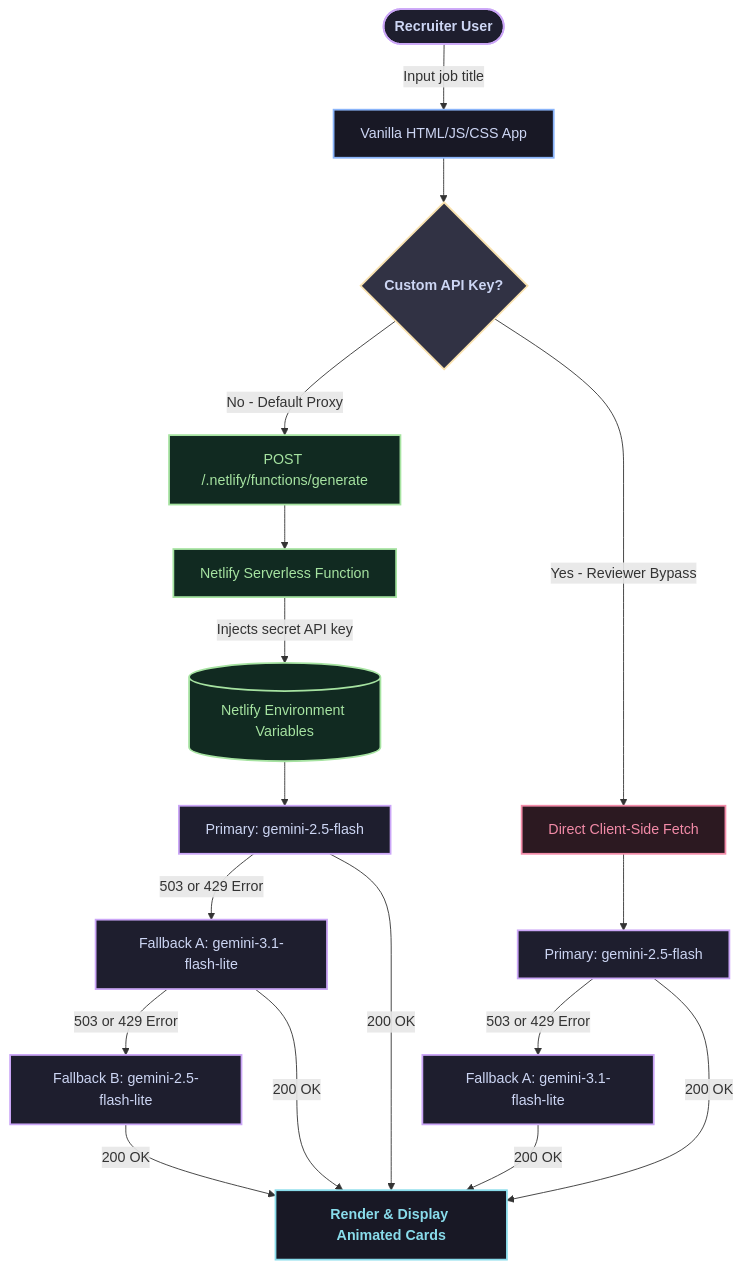
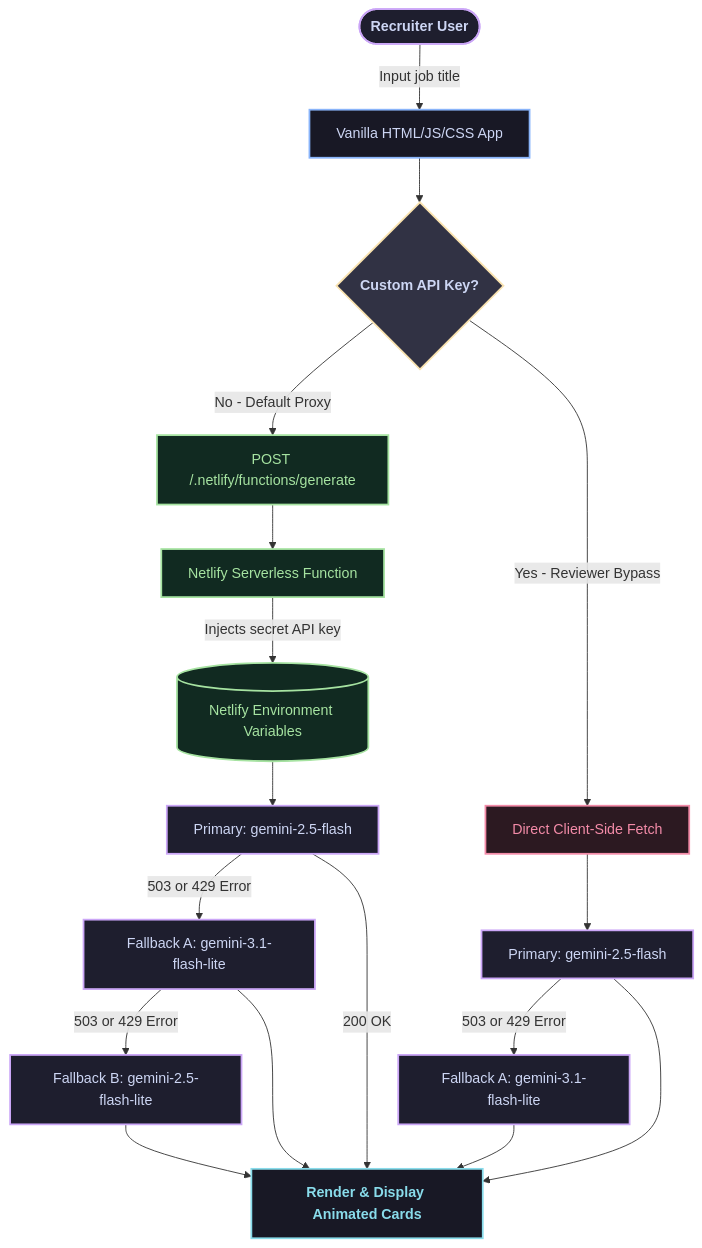
One commit to Ebendttl/iq-gen changed the first of 2 diagrams in README.md. Above: the diagram before and after it, drawn with Mermaid. The commit also changed other lines of this file, not shown here.

Commit message:
style: cleanup Mermaid diagram syntax and formatting in README.md

````diff
--- a/README.md
+++ b/README.md
@@ -15,46 +15,46 @@
 ```mermaid
 flowchart TD
     %% Class Definitions for Premium Theme (Mocha / Material Dark)
-    classDef startEnd fill:#1e1e2e,stroke:#cba6f7,stroke-width:2px,color:#cdd6f4,font-weight:bold;
-    classDef ui fill:#181825,stroke:#89b4fa,stroke-width:2px,color:#cdd6f4;
-    classDef decision fill:#313244,stroke:#f9e2af,stroke-width:2px,color:#cdd6f4,font-weight:bold;
-    classDef secure fill:#112a21,stroke:#a6e3a1,stroke-width:2px,color:#a6e3a1;
-    classDef bypass fill:#2c1921,stroke:#f38ba8,stroke-width:2px,color:#f38ba8;
-    classDef model fill:#1e1e2e,stroke:#cba6f7,stroke-width:2px,color:#cdd6f4;
-    classDef output fill:#181825,stroke:#89dceb,stroke-width:2px,color:#89dceb,font-weight:bold;
+    classDef startEnd fill:#1e1e2e,stroke:#cba6f7,stroke-width:2px,color:#cdd6f4,font-weight:bold
+    classDef ui fill:#181825,stroke:#89b4fa,stroke-width:2px,color:#cdd6f4
+    classDef decision fill:#313244,stroke:#f9e2af,stroke-width:2px,color:#cdd6f4,font-weight:bold
+    classDef secure fill:#112a21,stroke:#a6e3a1,stroke-width:2px,color:#a6e3a1
+    classDef bypass fill:#2c1921,stroke:#f38ba8,stroke-width:2px,color:#f38ba8
+    classDef model fill:#1e1e2e,stroke:#cba6f7,stroke-width:2px,color:#cdd6f4
+    classDef output fill:#181825,stroke:#89dceb,stroke-width:2px,color:#89dceb,font-weight:bold
 
     User([Recruiter User]) -->|Input job title| Frontend[Vanilla HTML/JS/CSS App]
     Frontend --> KeyDecision{Custom API Key?}
     
     %% Proxy Route
     KeyDecision -->|No - Default Proxy| ProxyRoute["POST /.netlify/functions/generate"]
     ProxyRoute --> ServerlessFn["Netlify Serverless Function"]
-    ServerlessFn -->|Injects secret API key| EnvVars[("Netlify Environment Variables")]
+    ServerlessFn -->|Injects secret API key| EnvVars[(Netlify Environment Variables)]
     EnvVars --> PrimaryModel["Primary: gemini-2.5-flash"]
     
     %% Direct Route
     KeyDecision -->|Yes - Reviewer Bypass| DirectRoute["Direct Client-Side Fetch"]
     DirectRoute --> DirectPrimary["Primary: gemini-2.5-flash"]
     
     %% Fallbacks
     PrimaryModel -->|503 or 429 Error| Fallback1["Fallback A: gemini-3.1-flash-lite"]
     DirectPrimary -->|503 or 429 Error| DirectFallback["Fallback A: gemini-3.1-flash-lite"]
     
     Fallback1 -->|503 or 429 Error| Fallback2["Fallback B: gemini-2.5-flash-lite"]
     
     %% Success Outputs
     PrimaryModel -->|200 OK| Output["Render & Display Animated Cards"]
-    DirectPrimary -->|200 OK| Output
-    Fallback1 -->|200 OK| Output
-    DirectFallback -->|200 OK| Output
-    Fallback2 -->|200 OK| Output
+    DirectPrimary --> Output
+    Fallback1 --> Output
+    DirectFallback --> Output
+    Fallback2 --> Output
 
     %% Assign Styles
-    class User startEnd;
-    class Frontend ui;
-    class KeyDecision decision;
-    class ProxyRoute,ServerlessFn,EnvVars secure;
-    class DirectRoute bypass;
-    class PrimaryModel,DirectPrimary,Fallback1,DirectFallback,Fallback2 model;
-    class Output output;
+    class User startEnd
+    class Frontend ui
+    class KeyDecision decision
+    class ProxyRoute,ServerlessFn,EnvVars secure
+    class DirectRoute bypass
+    class PrimaryModel,DirectPrimary,Fallback1,DirectFallback,Fallback2 model
+    class Output output
 ```
````
